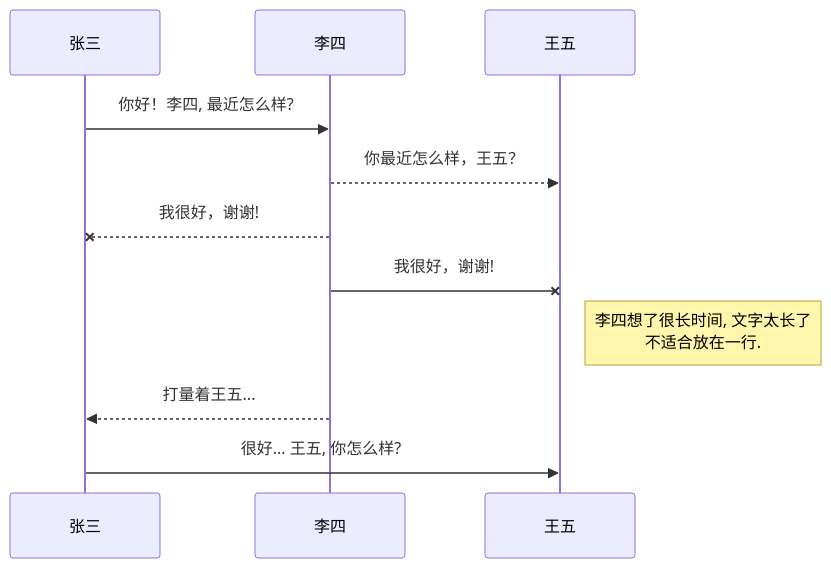
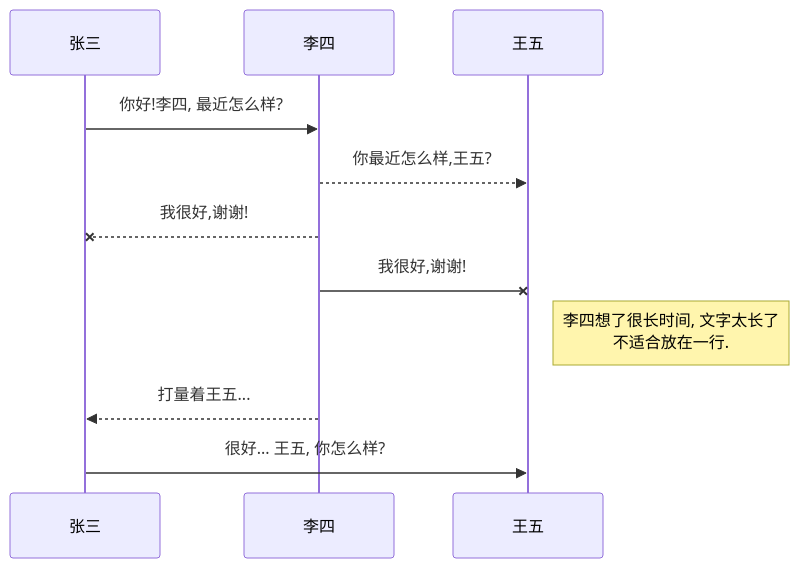
The first of 5 diagrams in MD语法.md (tianyongshan/record), drawn with Mermaid before and after one commit. The commit also changed other lines of this file and 2228 other files, not shown here.

````diff
--- a/MD语法.md
+++ b/MD语法.md
@@ -237,21 +237,21 @@
 ```mermaid 
     
 	sequenceDiagram
     
-	张三 ->> 李四: 你好！李四, 最近怎么样?
+	张三 ->> 李四: 你好!李四, 最近怎么样?
     
-	李四-->>王五: 你最近怎么样，王五？
+	李四-->>王五: 你最近怎么样,王五?
     
-	李四--x 张三: 我很好，谢谢!
+	李四--x 张三: 我很好,谢谢!
     
-	李四-x 王五: 我很好，谢谢!
+	李四-x 王五: 我很好,谢谢!
     
 	Note right of 王五: 李四想了很长时间, 文字太长了<br/>不适合放在一行.
     
 
     
 	李四-->>张三: 打量着王五...
     
 	张三->>王五: 很好... 王五, 你怎么样?
     
 ```
````
